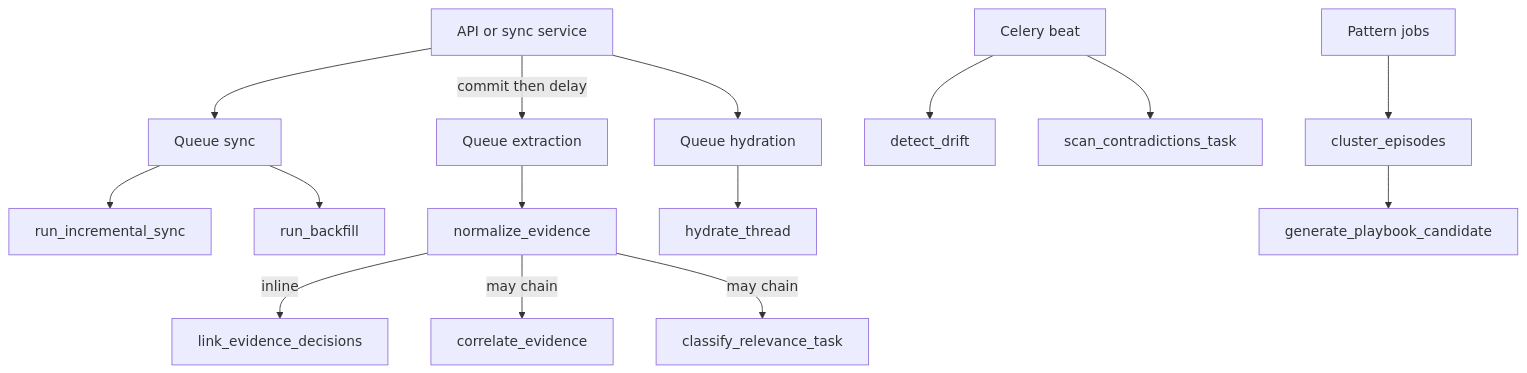
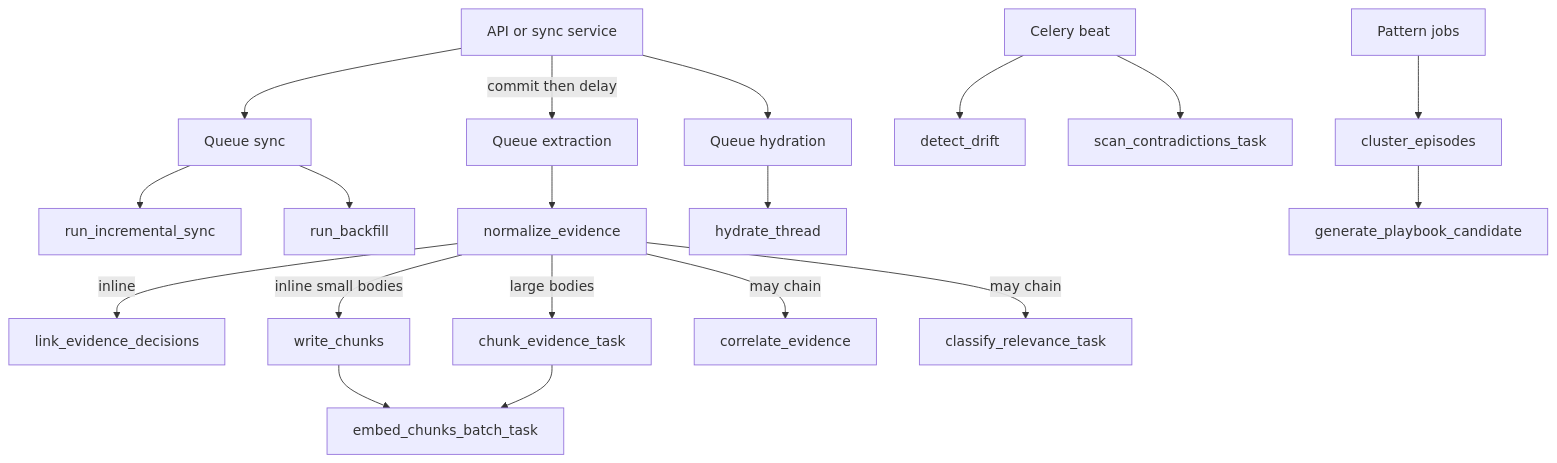
The diagram in codewiki/08-workers-celery-queues.md (Valuedx/ContextEdge), drawn with Mermaid before and after one commit. The commit also changed other lines of this file and 10 other files, not shown here.

````diff
--- a/codewiki/08-workers-celery-queues.md
+++ b/codewiki/08-workers-celery-queues.md
@@ -44,17 +44,21 @@
 ```mermaid
 flowchart TB
   API[API or sync service] -->|commit then delay| QEX[Queue extraction]
   API --> QSYNC[Queue sync]
   QSYNC --> INC[run_incremental_sync]
   QSYNC --> BF[run_backfill]
   QEX --> NORM[normalize_evidence]
   NORM -->|inline| DEC[link_evidence_decisions]
+  NORM -->|inline small bodies| CHK[write_chunks]
+  NORM -->|large bodies| CHKA[chunk_evidence_task]
+  CHK --> EMB[embed_chunks_batch_task]
+  CHKA --> EMB
   NORM -->|may chain| CORR[correlate_evidence]
   NORM -->|may chain| CLS[classify_relevance_task]
   API --> QHYD[Queue hydration]
   QHYD --> HYDR[hydrate_thread]
   BEAT[Celery beat] --> EVAL[detect_drift]
   BEAT --> CONTRA[scan_contradictions_task]
   PAT[Pattern jobs] --> CLU[cluster_episodes]
   CLU --> GPC[generate_playbook_candidate]
 ```
````
